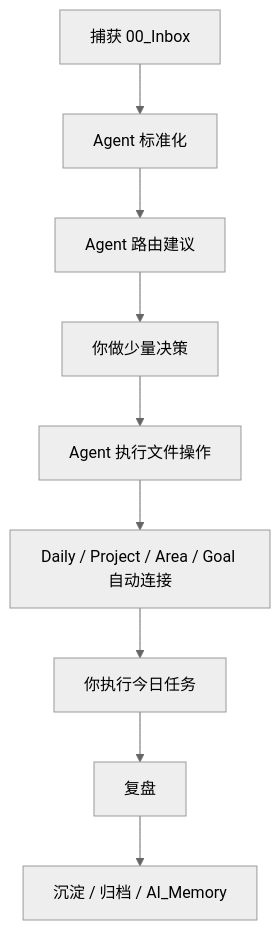
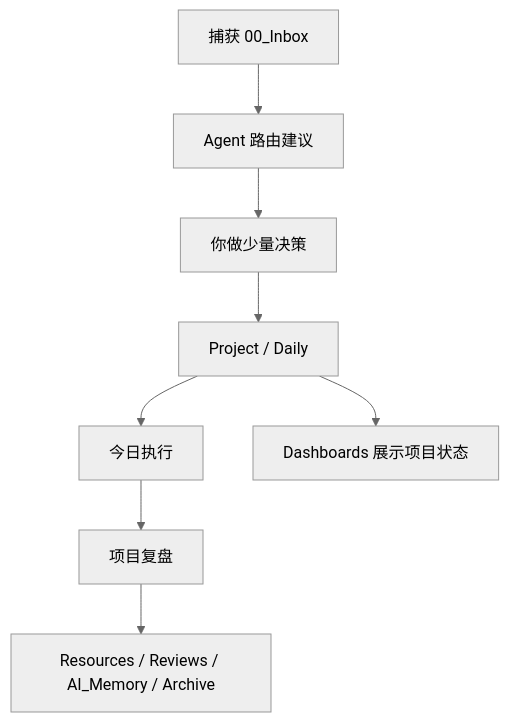
One commit to LerchWang/task-knowledge-management-template changed the diagram in docs/09-system-and-usage.md. Above: the diagram before and after it, drawn with Mermaid (neutral theme). The commit also changed other lines of this file and 8 other files, not shown here.

````diff
--- a/docs/09-system-and-usage.md
+++ b/docs/09-system-and-usage.md
@@ -11,11 +11,10 @@
 ```mermaid
 flowchart TD
-  A["捕获 00_Inbox"] --> B["Agent 标准化"]
-  B --> C["Agent 路由建议"]
-  C --> D["你做少量决策"]
-  D --> E["Agent 执行文件操作"]
-  E --> F["Daily / Project / Area / Goal 自动连接"]
-  F --> G["你执行今日任务"]
-  G --> H["复盘"]
-  H --> I["沉淀 / 归档 / AI_Memory"]
+  A["捕获 00_Inbox"] --> B["Agent 路由建议"]
+  B --> C["你做少量决策"]
+  C --> D["Project / Daily"]
+  D --> E["今日执行"]
+  E --> F["项目复盘"]
+  F --> G["Resources / Reviews / AI_Memory / Archive"]
+  D --> H["Dashboards 展示项目状态"]
 ```
````
